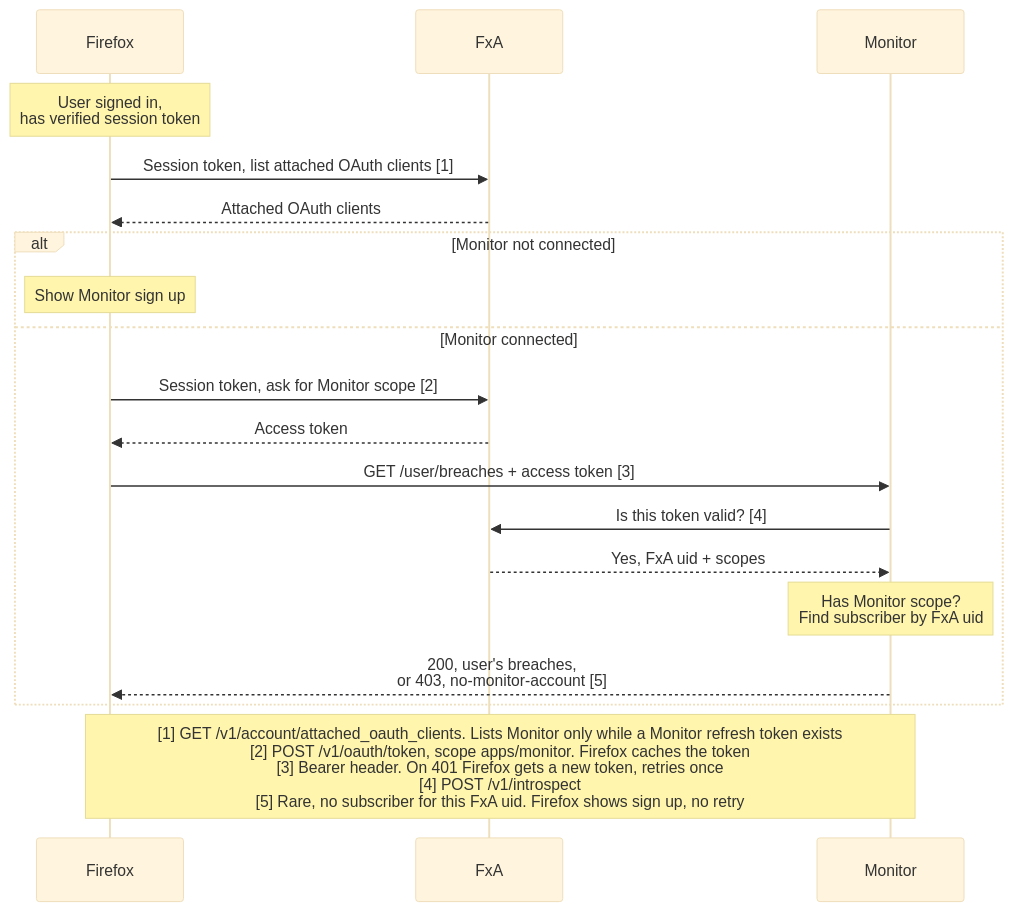
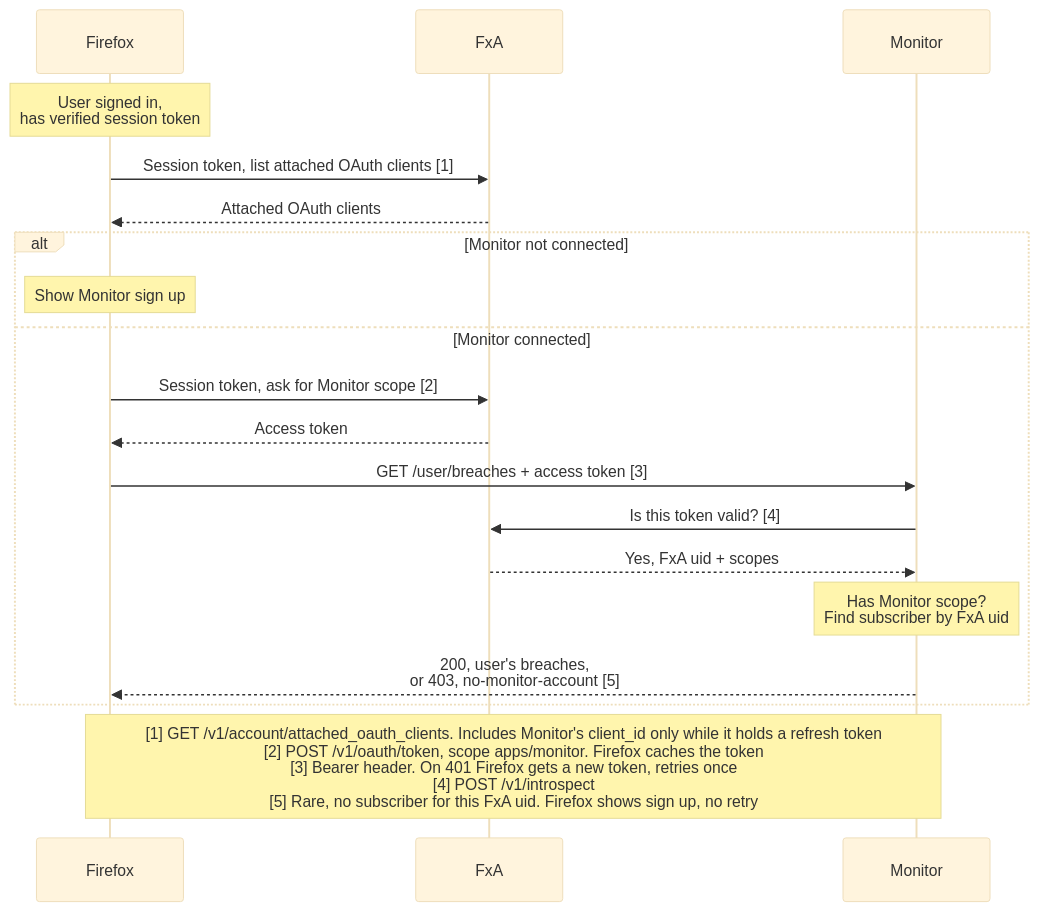
The first of 2 diagrams in docs/architecture/flows/firefox-api-auth.md (mozilla/blurts-server), drawn with Mermaid (base theme) before and after one commit.

Commit message:
docs(fx-api): minor wordage adjustment

````diff
--- a/docs/architecture/flows/firefox-api-auth.md
+++ b/docs/architecture/flows/firefox-api-auth.md
@@ -37,23 +37,23 @@
 ```mermaid
 sequenceDiagram
     participant FE as Firefox
     participant FxA
     participant BE as Monitor
 
     Note over FE: User signed in,<br/>has verified session token
     FE->>FxA: Session token, list attached OAuth clients [1]
     FxA-->>FE: Attached OAuth clients
     alt Monitor not connected
         Note over FE: Show Monitor sign up
     else Monitor connected
         FE->>FxA: Session token, ask for Monitor scope [2]
         FxA-->>FE: Access token
         FE->>BE: GET /user/breaches + access token [3]
         BE->>FxA: Is this token valid? [4]
         FxA-->>BE: Yes, FxA uid + scopes
         Note over BE: Has Monitor scope?<br/>Find subscriber by FxA uid
         BE-->>FE: 200, user's breaches,<br/>or 403, no-monitor-account [5]
     end
 
-    Note over FE,BE: [1] GET /v1/account/attached_oauth_clients. Lists Monitor only while a Monitor refresh token exists<br/>[2] POST /v1/oauth/token, scope apps/monitor. Firefox caches the token<br/>[3] Bearer header. On 401 Firefox gets a new token, retries once<br/>[4] POST /v1/introspect<br/>[5] Rare, no subscriber for this FxA uid. Firefox shows sign up, no retry
+    Note over FE,BE: [1] GET /v1/account/attached_oauth_clients. Includes Monitor's client_id only while it holds a refresh token<br/>[2] POST /v1/oauth/token, scope apps/monitor. Firefox caches the token<br/>[3] Bearer header. On 401 Firefox gets a new token, retries once<br/>[4] POST /v1/introspect<br/>[5] Rare, no subscriber for this FxA uid. Firefox shows sign up, no retry
 ```
````
